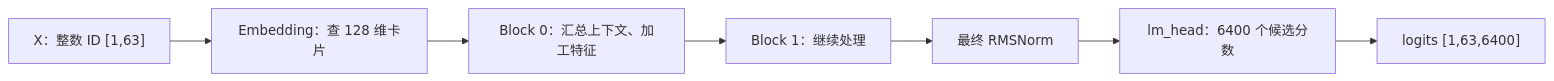
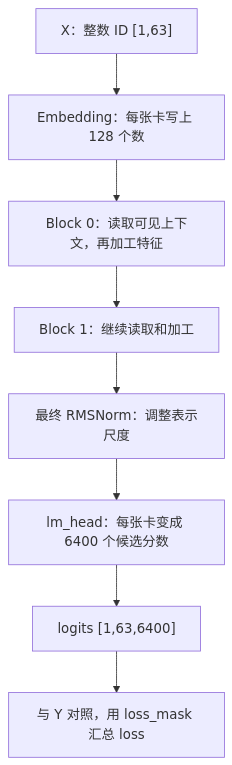
Before and after one commit to gottaBoy/minimind-learn: the diagram in doc/3.模型构建.md, drawn with Mermaid. The commit also changed other lines of this file, not shown here.

````diff
--- a/doc/3.模型构建.md
+++ b/doc/3.模型构建.md
@@ -30,9 +121,10 @@
 ```mermaid
-flowchart LR
-    A["X：整数 ID [1,63]"] --> B["Embedding：查 128 维卡片"]
-    B --> C["Block 0：汇总上下文、加工特征"]
-    C --> D["Block 1：继续处理"]
-    D --> E["最终 RMSNorm"]
-    E --> F["lm_head：6400 个候选分数"]
+flowchart TD
+    A["X：整数 ID [1,63]"] --> B["Embedding：每张卡写上 128 个数"]
+    B --> C["Block 0：读取可见上下文，再加工特征"]
+    C --> D["Block 1：继续读取和加工"]
+    D --> E["最终 RMSNorm：调整表示尺度"]
+    E --> F["lm_head：每张卡变成 6400 个候选分数"]
     F --> G["logits [1,63,6400]"]
+    G --> H["与 Y 对照，用 loss_mask 汇总 loss"]
 ```
````
